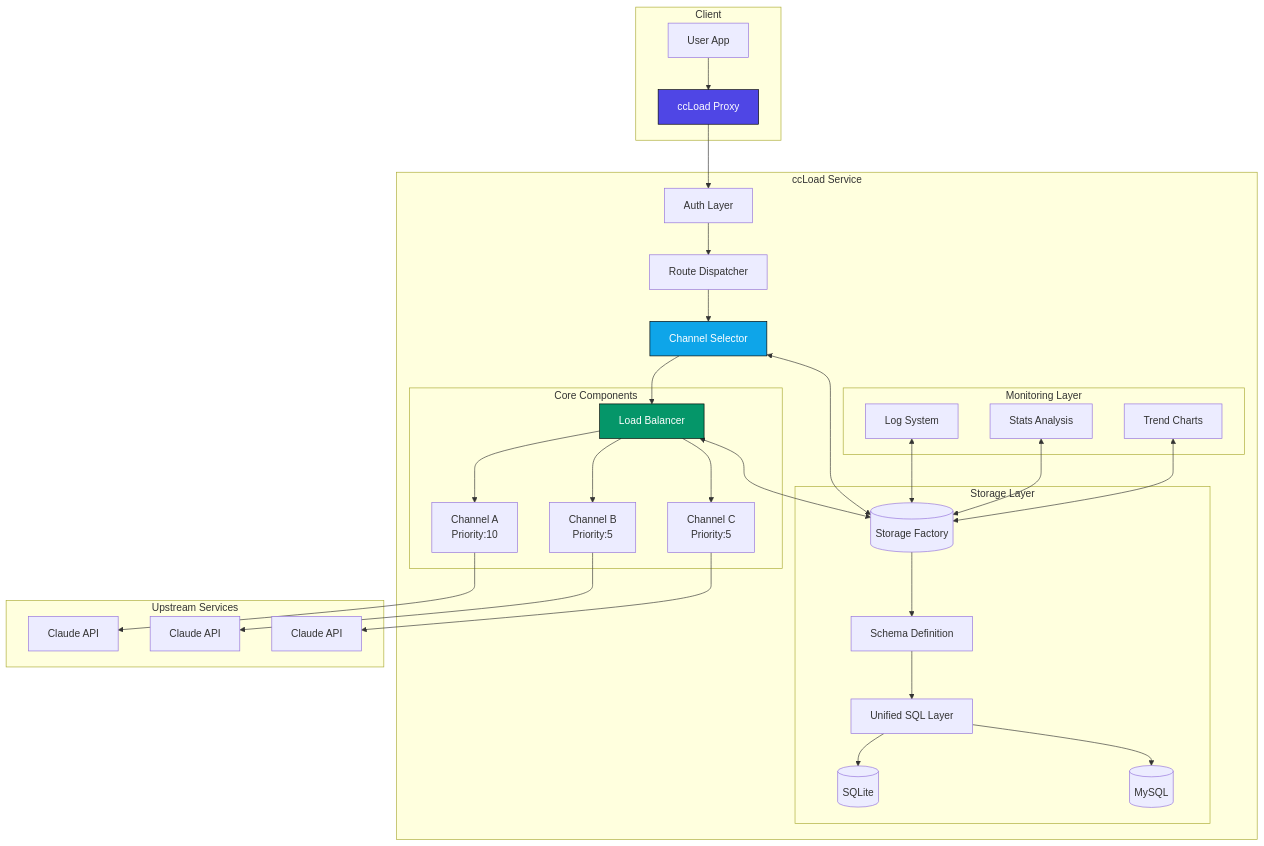
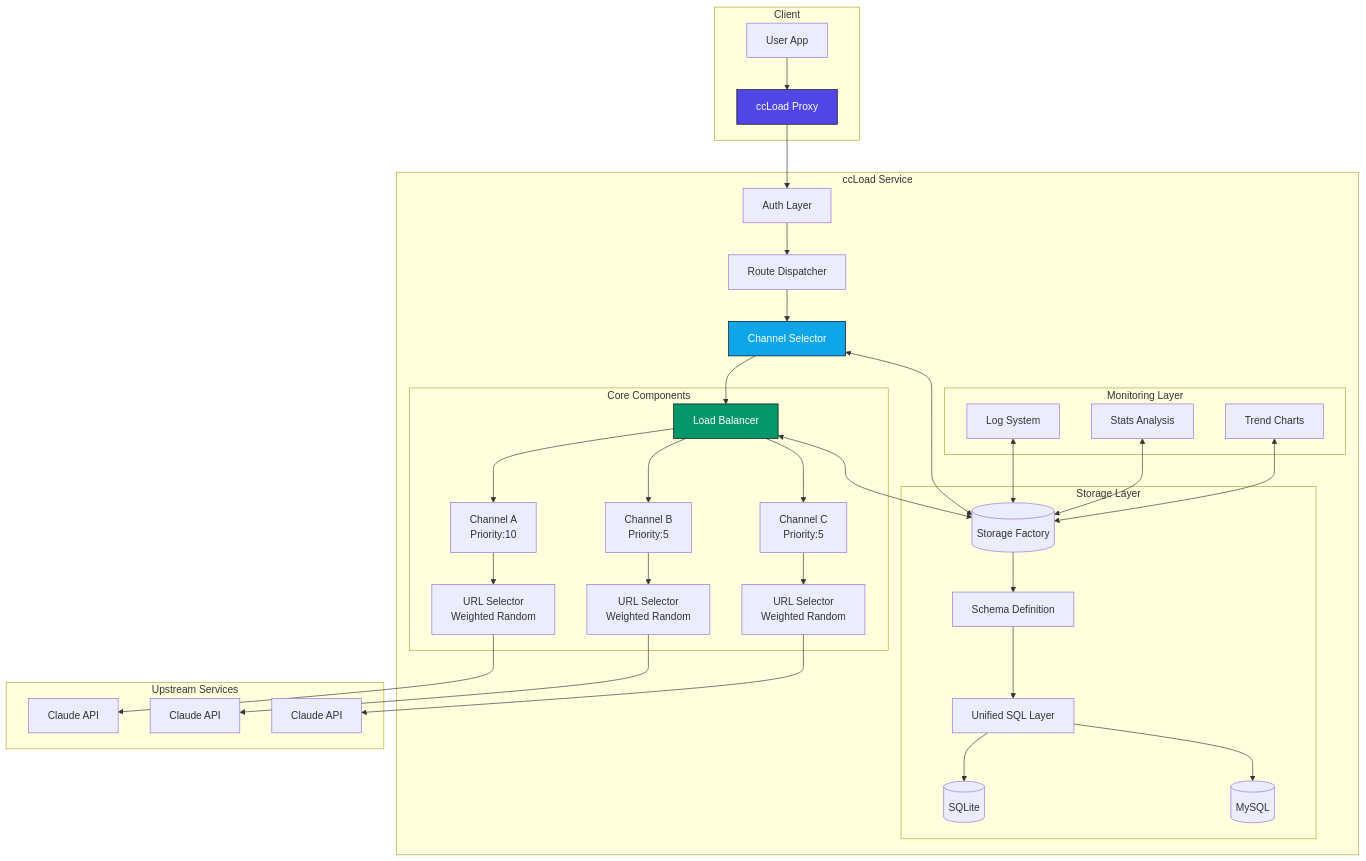
One commit to caidaoli/ccLoad changed the diagram in README_EN.md. Above: the diagram before and after it, drawn with Mermaid. The commit also changed other lines of this file and 6 other files, not shown here.

````diff
--- a/README_EN.md
+++ b/README_EN.md
@@ -60,53 +62,56 @@
 ```mermaid
 graph TB
     subgraph "Client"
         A[User App] --> B[ccLoad Proxy]
     end
 
     subgraph "ccLoad Service"
         B --> C[Auth Layer]
         C --> D[Route Dispatcher]
         D --> E[Channel Selector]
         E --> F[Load Balancer]
 
         subgraph "Core Components"
             F --> G[Channel A<br/>Priority:10]
             F --> H[Channel B<br/>Priority:5]
             F --> I[Channel C<br/>Priority:5]
+            G --> G1[URL Selector<br/>Weighted Random]
+            H --> H1[URL Selector<br/>Weighted Random]
+            I --> I1[URL Selector<br/>Weighted Random]
         end
 
         subgraph "Storage Layer"
             J[(Storage Factory)]
             J3[Schema Definition]
             J4[Unified SQL Layer]
             J1[(SQLite)]
             J2[(MySQL)]
             J --> J3
             J3 --> J4
             J4 --> J1
             J4 --> J2
         end
 
         subgraph "Monitoring Layer"
             K[Log System]
             L[Stats Analysis]
             M[Trend Charts]
         end
     end
 
     subgraph "Upstream Services"
-        G --> N[Claude API]
-        H --> O[Claude API]
-        I --> P[Claude API]
+        G1 --> N[Claude API]
+        H1 --> O[Claude API]
+        I1 --> P[Claude API]
     end
 
     E <--> J
     F <--> J
     K <--> J
     L <--> J
     M <--> J
 
     style B fill:#4F46E5,stroke:#000,color:#fff
     style F fill:#059669,stroke:#000,color:#fff
     style E fill:#0EA5E9,stroke:#000,color:#fff
 ```
````
